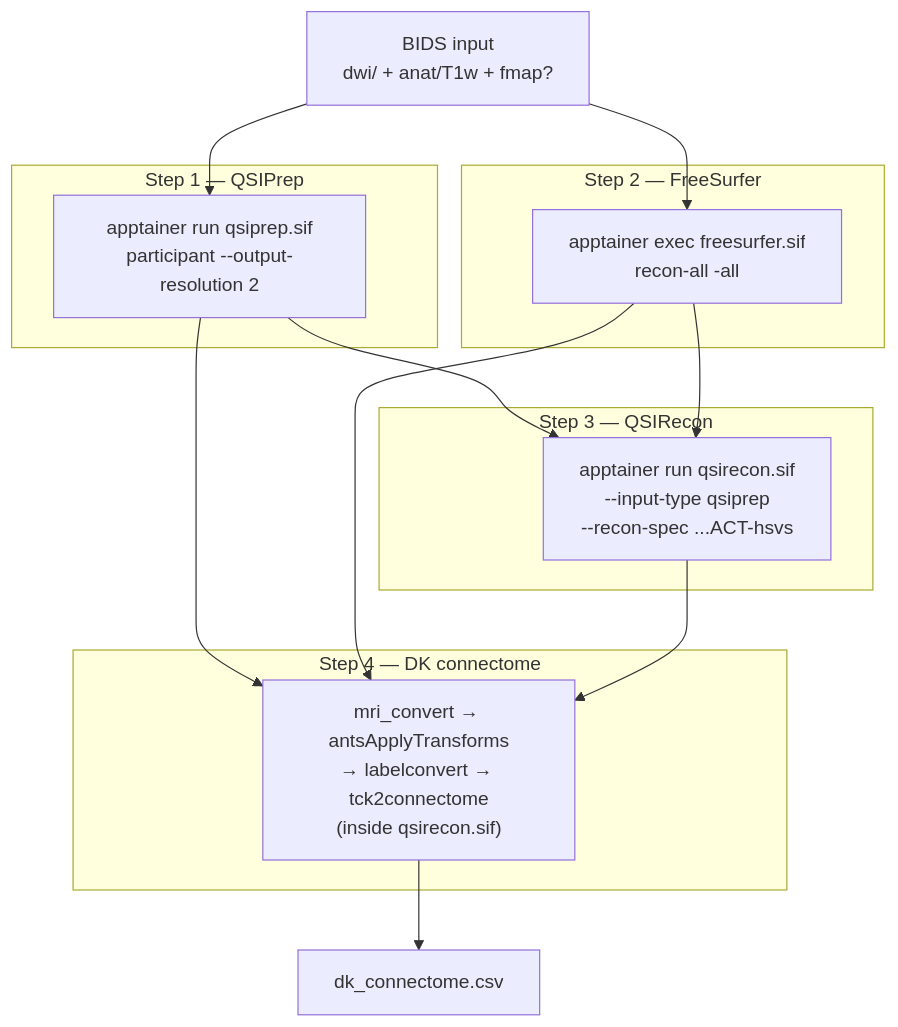
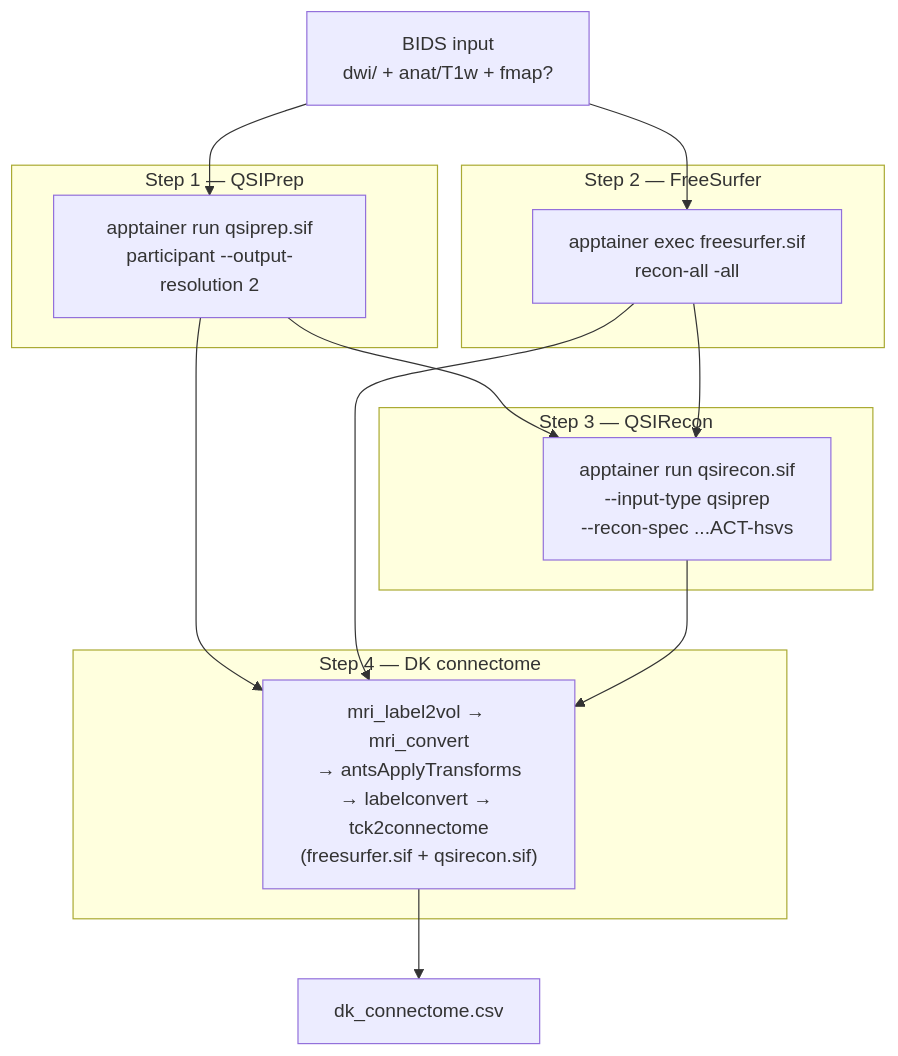
One commit to phindagijimana/dkt_connectome changed the first of 2 diagrams in dwi_pipeline/dk_connectome.md. Above: the diagram before and after it, drawn with Mermaid. The commit also changed other lines of this file and 4 other files, not shown here.

First line of the commit message:
Fix DK space alignment: mri_label2vol to native before antsApplyTransforms.

````diff
--- a/dwi_pipeline/dk_connectome.md
+++ b/dwi_pipeline/dk_connectome.md
@@ -75,31 +75,31 @@
 ```mermaid
 flowchart TB
   BIDS["BIDS input<br/>dwi/ + anat/T1w + fmap?"]
 
   subgraph S1["Step 1 — QSIPrep"]
     Q["apptainer run qsiprep.sif<br/>participant --output-resolution 2"]
   end
 
   subgraph S2["Step 2 — FreeSurfer"]
     F["apptainer exec freesurfer.sif<br/>recon-all -all"]
   end
 
   subgraph S3["Step 3 — QSIRecon"]
     R["apptainer run qsirecon.sif<br/>--input-type qsiprep<br/>--recon-spec ...ACT-hsvs"]
   end
 
   subgraph S4["Step 4 — DK connectome"]
-    D["mri_convert → antsApplyTransforms<br/>→ labelconvert → tck2connectome<br/>(inside qsirecon.sif)"]
+    D["mri_label2vol → mri_convert<br/>→ antsApplyTransforms<br/>→ labelconvert → tck2connectome<br/>(freesurfer.sif + qsirecon.sif)"]
   end
 
   OUT["dk_connectome.csv"]
 
   BIDS --> Q
   BIDS --> F
   Q --> R
   F --> R
   Q --> D
   F --> D
   R --> D
   D --> OUT
 ```
````
